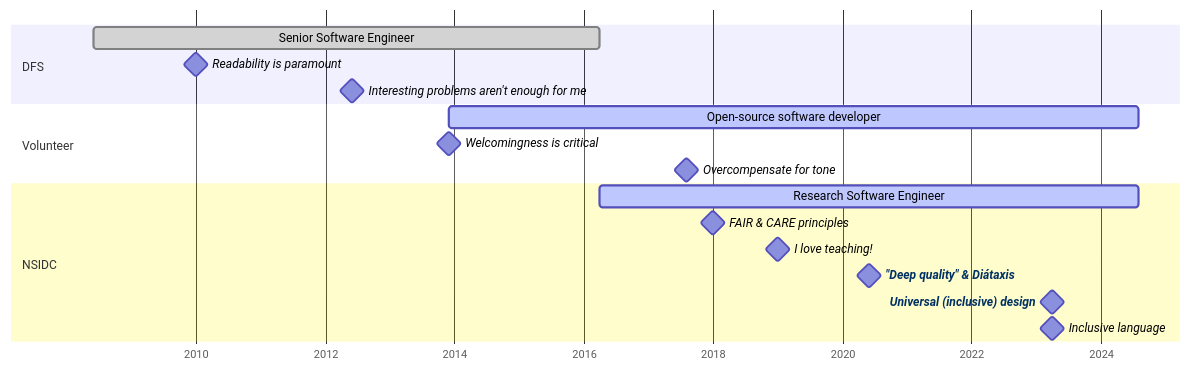
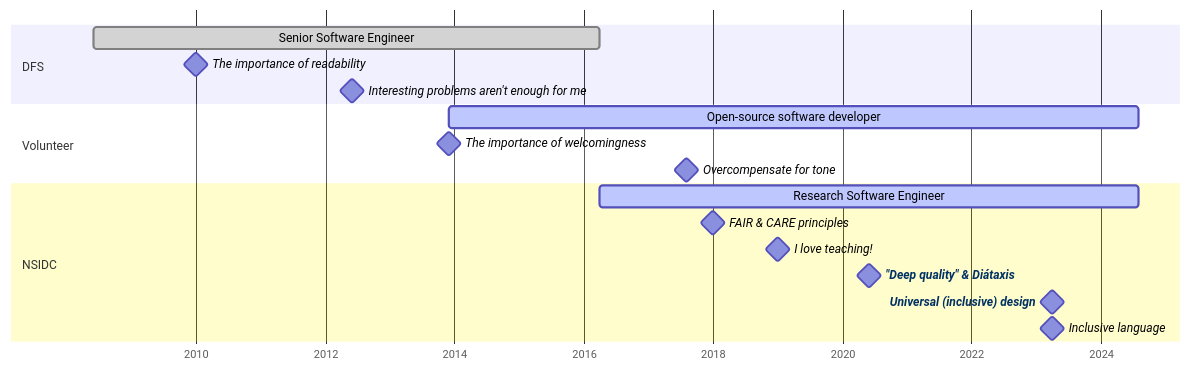
The second of 2 diagrams in index.qmd (mfisher87/presentation-self), drawn with Mermaid before and after one commit. The commit also changed other lines of this file and 1 other file, not shown here.

````diff
--- a/index.qmd
+++ b/index.qmd
@@ -159,30 +166,30 @@
 ```{mermaid}
 %% NOTE: Prefix `pfx-` is used to workaround a bug:
 %%       https://github.com/quarto-dev/quarto-cli/issues/10455
 gantt
   dateFormat YYYY-MM
   axisFormat %Y
 
   Section DFS
     Senior Software Engineer                  :done, pfx-dfs, 2008-06, 2016-04
-    Readability is paramount                  :milestone, pfx-readability, 2010-01, 1d
+    The importance of readability             :milestone, pfx-readability, 2010-01, 1d
     Interesting problems aren't enough for me :milestone, pfx-impact, 2012-06, 1d
 
   Section Volunteer
     Open-source software developer            :active, pfx-oss, 2013-12, 2024-08
-    Welcomingness is critical                 :milestone, pfx-welcoming, 2013-12, 1d
+    The importance of welcomingness           :milestone, pfx-welcoming, 2013-12, 1d
     Overcompensate for tone                   :milestone, pfx-tone, 2017-08, 1d
 
 
   Section NSIDC
     Research Software Engineer                :active, pfx-nsidc, after pfx-dfs, 2024-08
     FAIR & CARE principles                    :milestone, pfx-faircare, 2018-01, 1d
     I love teaching!                          :milestone, pfx-teaching, 2019-01, 1d
     "Deep quality" & Diátaxis                 :milestone, pfx-diataxis, 2020-06, 1d
     Universal (inclusive) design              :milestone, pfx-inclusive-design, 2023-04, 1d
     Inclusive language                        :milestone, pfx-inclusive-lang, 2023-04, 1d
 
 
   click pfx-diataxis href "https://www.diataxis.fr/"
   click pfx-inclusive-design href "https://alexjs.com/"
 ```
````
